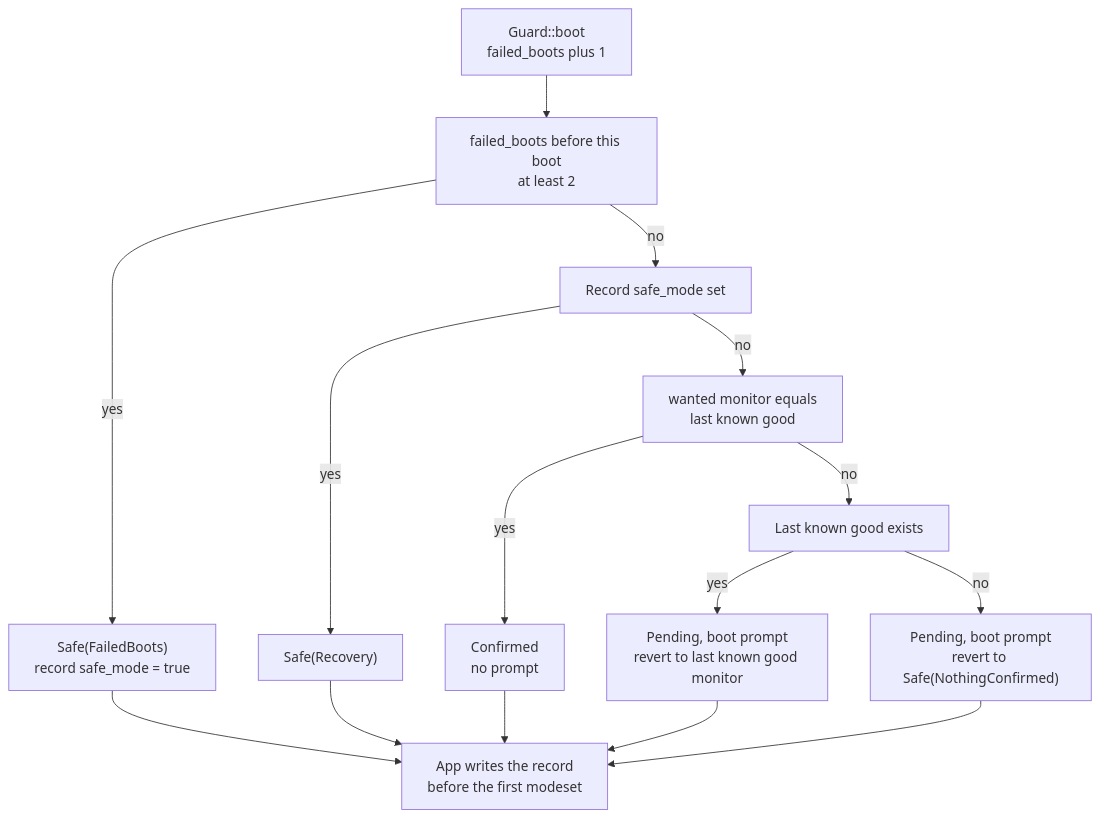
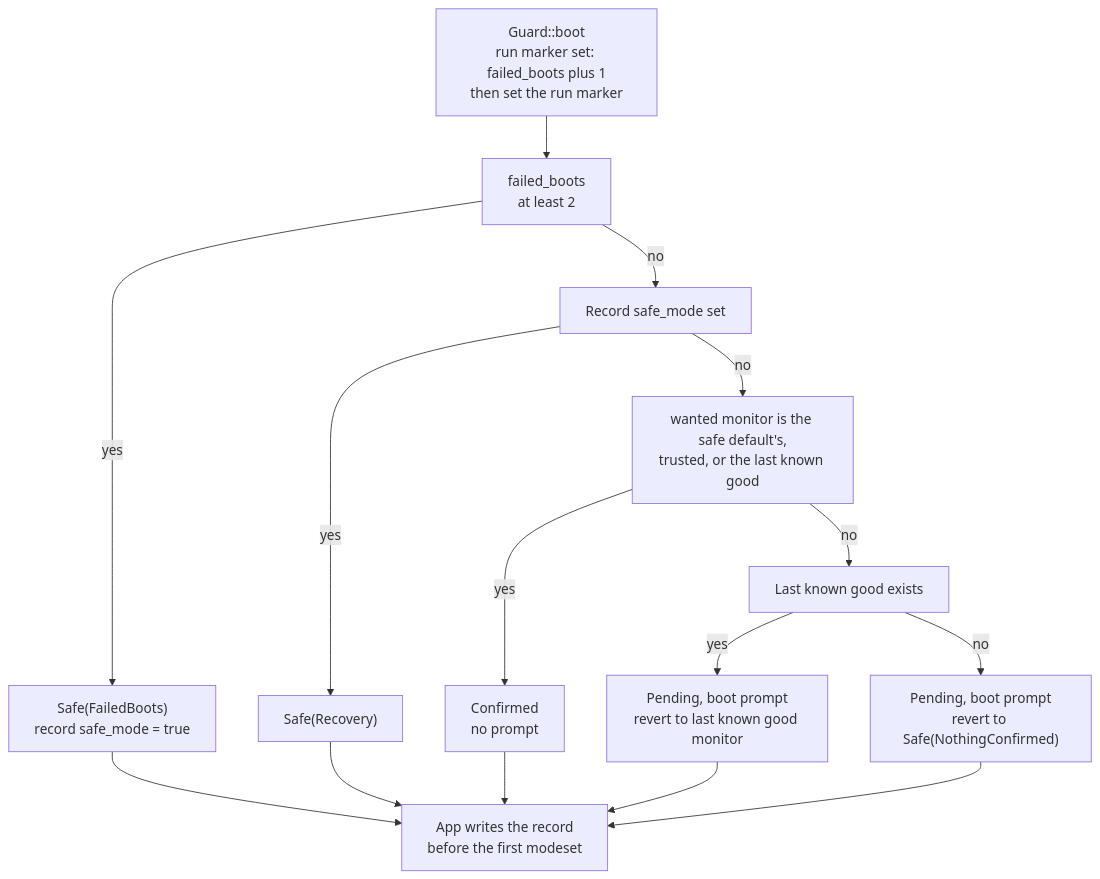
The second of 5 diagrams in docs/flows/03-guard.md (paologaleotti/neptron), drawn with Mermaid before and after one commit. The commit also changed other lines of this file and 7 other files, not shown here.

````diff
--- a/docs/flows/03-guard.md
+++ b/docs/flows/03-guard.md
@@ -31,17 +36,17 @@
 ```mermaid
 flowchart TD
-    A["Guard::boot<br/>failed_boots plus 1"] --> B["failed_boots before this boot<br/>at least 2"]
+    A["Guard::boot<br/>run marker set: failed_boots plus 1<br/>then set the run marker"] --> B["failed_boots<br/>at least 2"]
     B -->|"yes"| SF["Safe(FailedBoots)<br/>record safe_mode = true"]
     B -->|"no"| C["Record safe_mode set"]
     C -->|"yes"| SR["Safe(Recovery)"]
-    C -->|"no"| D["wanted monitor equals<br/>last known good"]
+    C -->|"no"| D["wanted monitor is the safe default's,<br/>trusted, or the last known good"]
     D -->|"yes"| CF["Confirmed<br/>no prompt"]
     D -->|"no"| E["Last known good exists"]
     E -->|"yes"| P1["Pending, boot prompt<br/>revert to last known good monitor"]
     E -->|"no"| P2["Pending, boot prompt<br/>revert to Safe(NothingConfirmed)"]
     SF --> W["App writes the record<br/>before the first modeset"]
     SR --> W
     CF --> W
     P1 --> W
     P2 --> W
 ```
````
